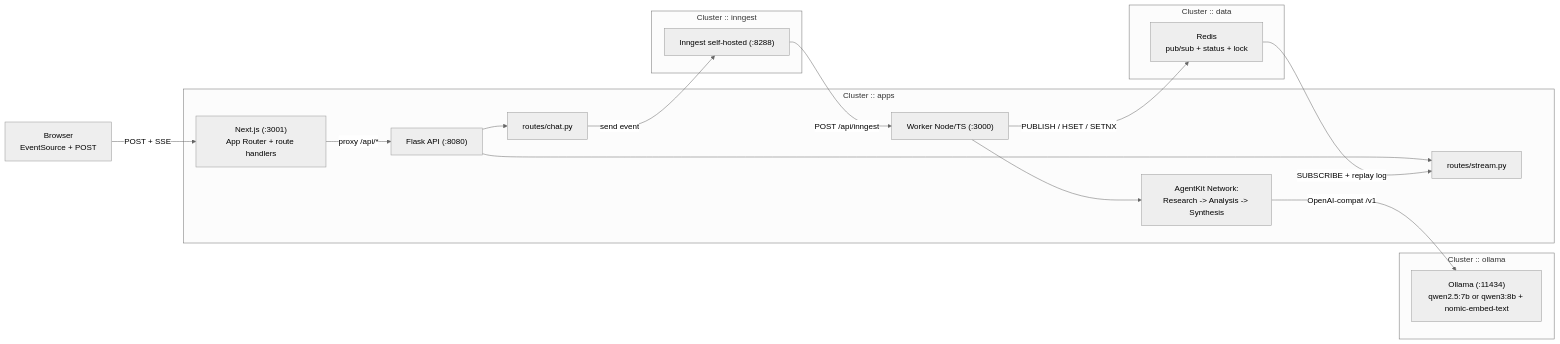
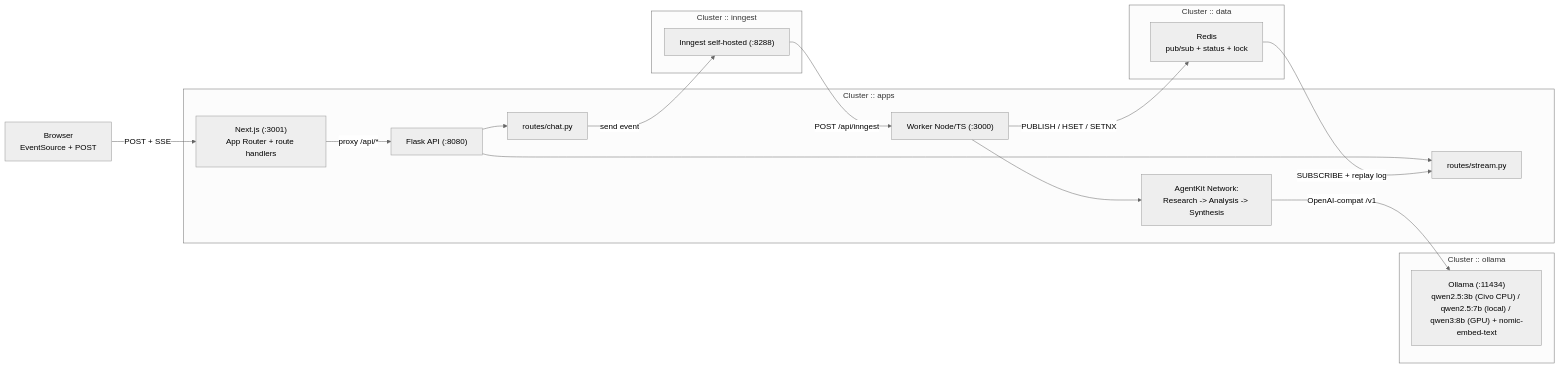
The first of 3 diagrams in __README.MD (kasasa22/_llmBoilerGrow2025), drawn with Mermaid (neutral theme) before and after one commit. The commit also changed other lines of this file and 7 other files, not shown here.

````diff
--- a/__README.MD
+++ b/__README.MD
@@ -29,36 +29,36 @@
 ```mermaid
 flowchart LR
   browser["Browser<br/>EventSource + POST"]
 
   subgraph apps["Cluster :: apps"]
     web["Next.js (:3001)<br/>App Router + route handlers"]
     flask["Flask API (:8080)"]
     chat_route["routes/chat.py"]
     stream_route["routes/stream.py"]
     worker["Worker Node/TS (:3000)"]
     network["AgentKit Network:<br/>Research -> Analysis -> Synthesis"]
     flask --> chat_route
     flask --> stream_route
     worker --> network
   end
 
   subgraph inngest_ns["Cluster :: inngest"]
     inngest["Inngest self-hosted (:8288)"]
   end
 
   subgraph data["Cluster :: data"]
     redis["Redis<br/>pub/sub + status + lock"]
   end
 
   subgraph ollama_ns["Cluster :: ollama"]
-    ollama["Ollama (:11434)<br/>qwen2.5:7b or qwen3:8b + nomic-embed-text"]
+    ollama["Ollama (:11434)<br/>qwen2.5:3b (Civo CPU) / qwen2.5:7b (local) / qwen3:8b (GPU) + nomic-embed-text"]
   end
 
   browser -->|"POST + SSE"| web
   web -->|"proxy /api/*"| flask
   chat_route -->|"send event"| inngest
   inngest -->|"POST /api/inngest"| worker
   network -->|"OpenAI-compat /v1"| ollama
   worker -->|"PUBLISH / HSET / SETNX"| redis
   redis -->|"SUBSCRIBE + replay log"| stream_route
 ```
````
